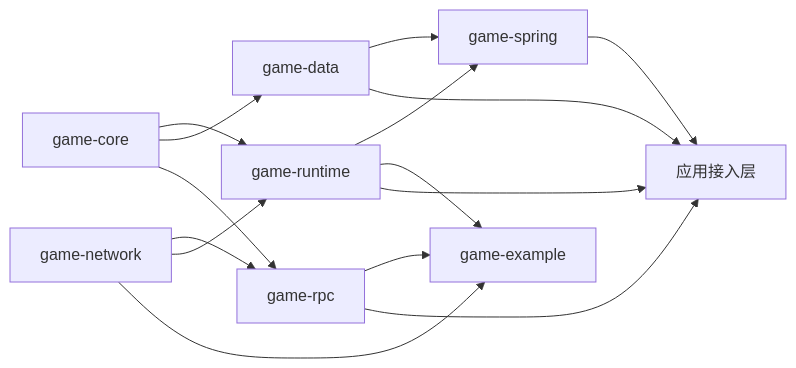
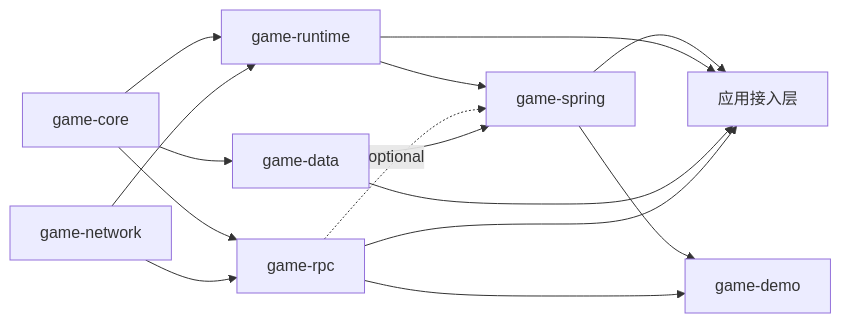
The diagram in docs/ogbs/README.zh-CN.md (huaye2007/mana), drawn with Mermaid before and after one commit. The commit also changed other lines of this file and 63 other files, not shown here.

````diff
--- a/docs/ogbs/README.zh-CN.md
+++ b/docs/ogbs/README.zh-CN.md
@@ -80,17 +80,17 @@
 ```mermaid
 flowchart LR
     C[game-core] --> RT[game-runtime]
     C --> D[game-data]
     C --> R[game-rpc]
     N[game-network] --> R
     N --> RT
     RT --> S[game-spring]
+    R -. optional .-> S
     D --> S
     S --> A
-    RT --> E
-    N --> E[game-example]
+    S --> E[game-demo]
     R --> E
     RT --> A[应用接入层]
     D --> A
     R --> A
 ```
````
